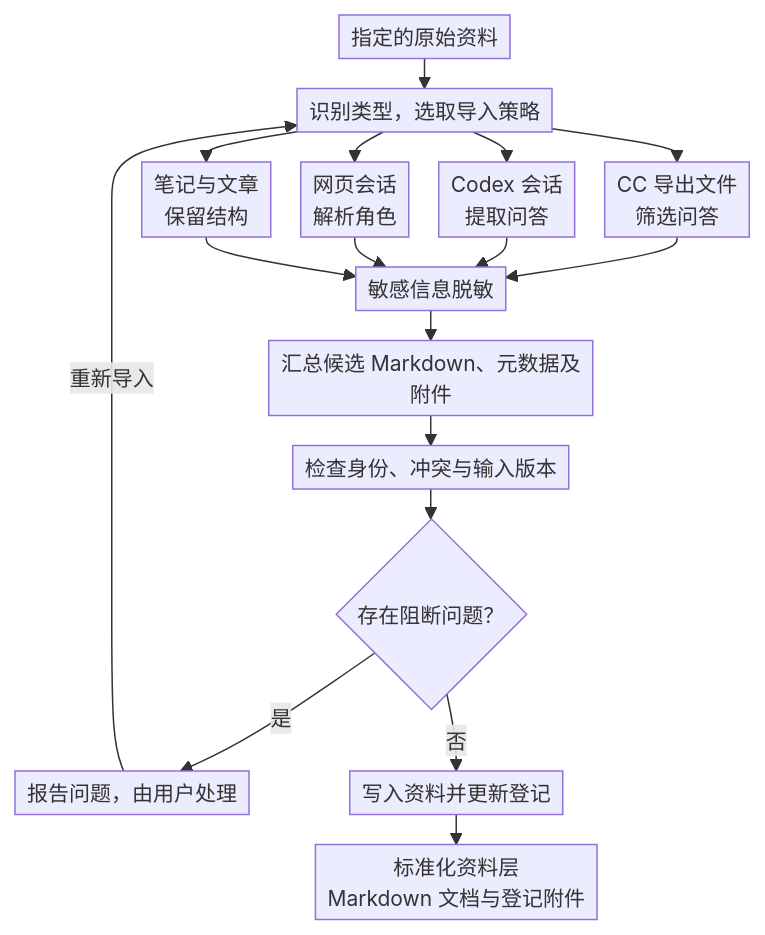
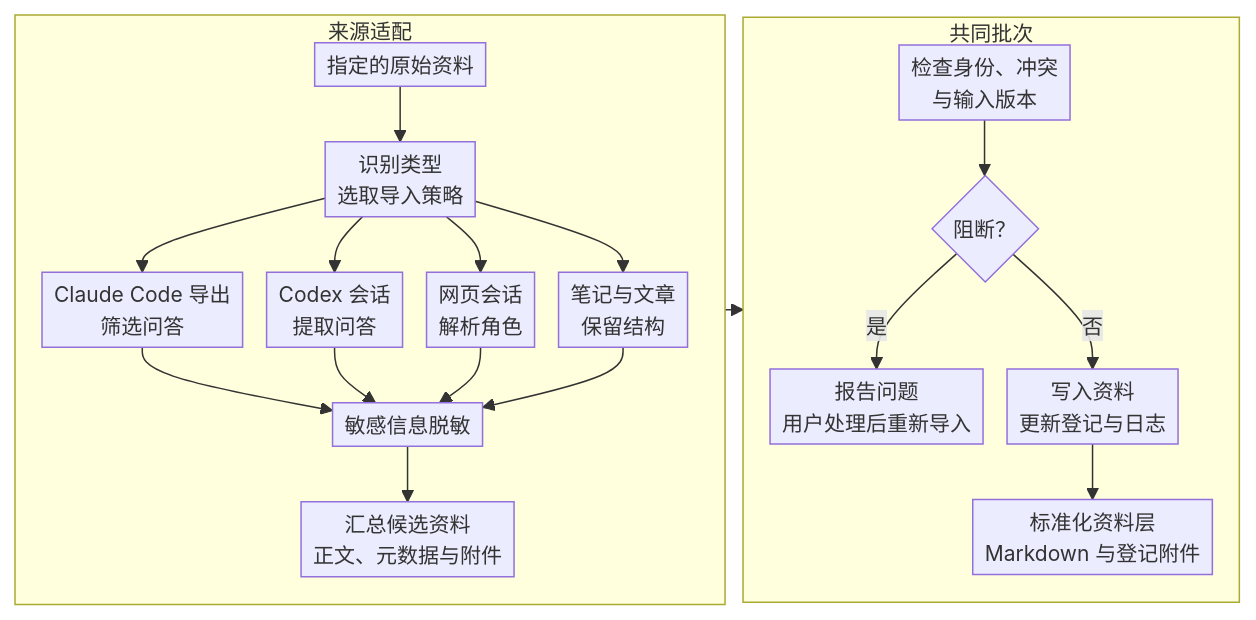
The second of 5 diagrams in docs/architecture.md (def-a-name/learn-corpus), drawn with Mermaid before and after one commit. The commit also changed other lines of this file and 8 other files, not shown here.

````diff
--- a/docs/architecture.md
+++ b/docs/architecture.md
@@ -50,29 +54,38 @@
 ```mermaid
 ---
 config:
+  look: classic
+  layout: dagre
   themeVariables:
     fontSize: 14px
   flowchart:
-    nodeSpacing: 20
-    rankSpacing: 20
+    minNodeWidth: 0
+    wrappingWidth: 180
+    nodeSpacing: 16
+    rankSpacing: 12
     diagramPadding: 4
     padding: 4
 ---
-flowchart TD
-    R["指定的原始资料"] --> P["识别类型，选取导入策略"]
-    P --> CL["CC 导出文件<br/>筛选问答"]
-    P --> CX["Codex 会话<br/>提取问答"]
-    P --> WC["网页会话<br/>解析角色"]
-    P --> MD["笔记与文章<br/>保留结构"]
-    CL --> D["敏感信息脱敏"]
-    CX --> D
-    WC --> D
-    MD --> D
-    D --> F["汇总候选 Markdown、元数据及附件"]
-    F --> C["检查身份、冲突与输入版本"]
-    C --> Q{"存在阻断问题？"}
-    Q -->|是| U["报告问题，由用户处理"]
-    U -->|重新导入| P
-    Q -->|否| W["写入资料并更新登记"]
-    W --> N["标准化资料层<br/>Markdown 文档与登记附件"]
+flowchart LR
+    subgraph AD["来源适配"]
+        direction TB
+        R["指定的原始资料"] --> P["识别类型<br/>选取导入策略"]
+        P --> CL["Claude Code 导出<br/>筛选问答"]
+        P --> CX["Codex 会话<br/>提取问答"]
+        P --> WC["网页会话<br/>解析角色"]
+        P --> MD["笔记与文章<br/>保留结构"]
+        CL --> D["敏感信息脱敏"]
+        CX --> D
+        WC --> D
+        MD --> D
+        D --> F["汇总候选资料<br/>正文、元数据与附件"]
+    end
+    subgraph BATCH["共同批次"]
+        direction TB
+        C["检查身份、冲突<br/>与输入版本"] --> Q{"阻断？"}
+        Q -->|是| U["报告问题<br/>用户处理后重新导入"]
+        Q -->|否| W["写入资料<br/>更新登记与日志"]
+        W --> N["标准化资料层<br/>Markdown 与登记附件"]
+    end
+    AD --> BATCH
 ```
````
